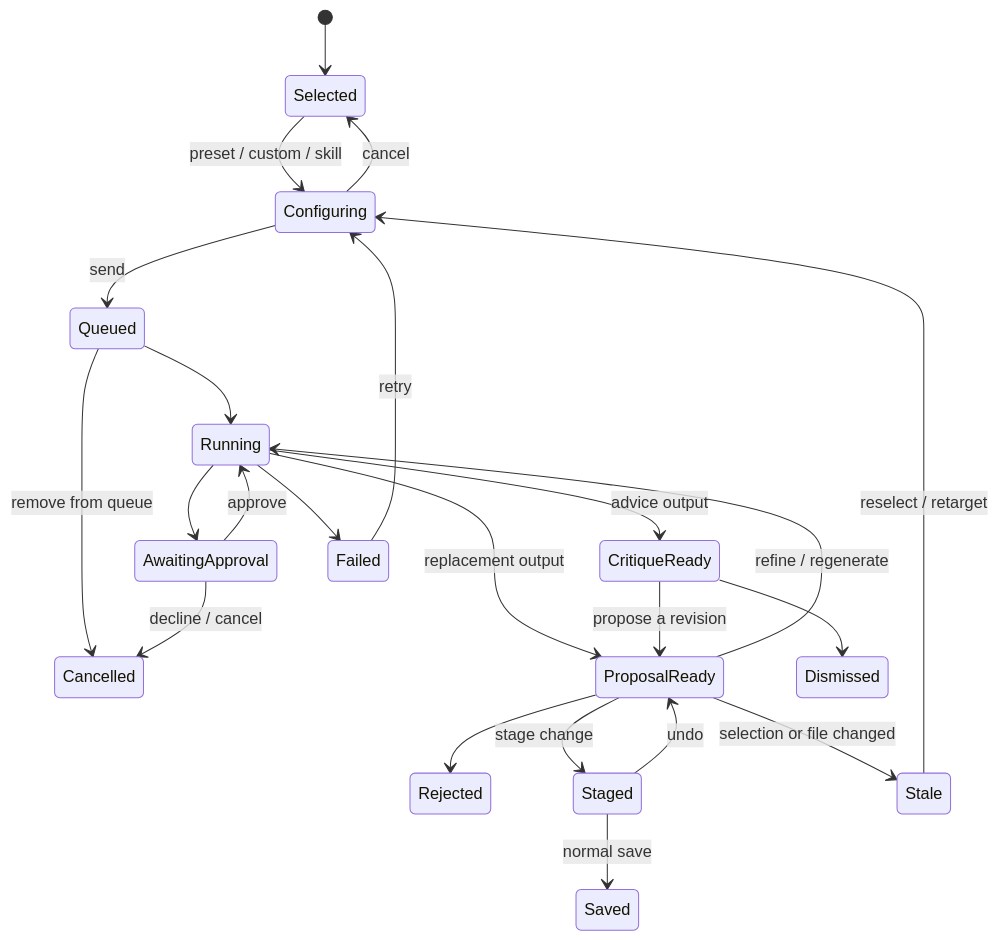
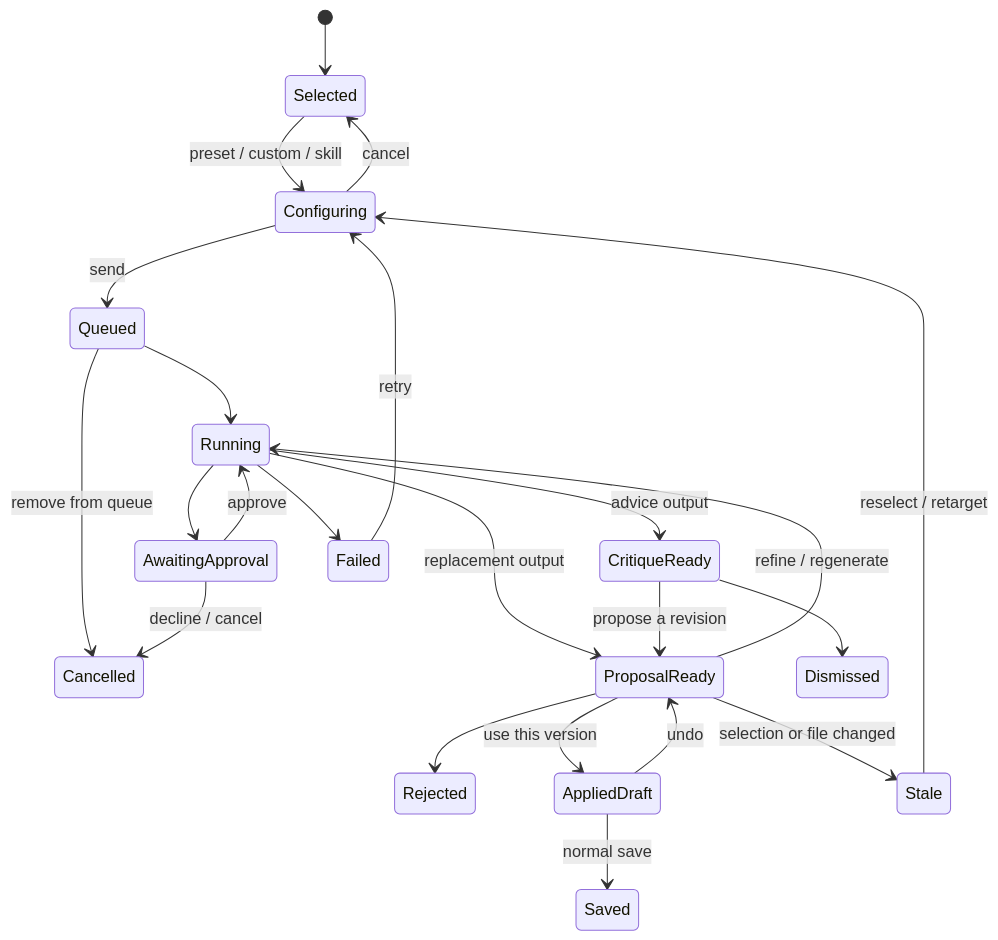
The diagram in plans/selection-aware-codex-assistance-research.md (ourarash/proseview), drawn with Mermaid before and after one commit. The commit also changed other lines of this file and 8 other files, not shown here.

````diff
--- a/plans/selection-aware-codex-assistance-research.md
+++ b/plans/selection-aware-codex-assistance-research.md
@@ -609,25 +611,25 @@
 ```mermaid
 stateDiagram-v2
     [*] --> Selected
     Selected --> Configuring: preset / custom / skill
     Configuring --> Queued: send
     Configuring --> Selected: cancel
     Queued --> Running
     Queued --> Cancelled: remove from queue
     Running --> AwaitingApproval
     AwaitingApproval --> Running: approve
     AwaitingApproval --> Cancelled: decline / cancel
     Running --> CritiqueReady: advice output
     Running --> ProposalReady: replacement output
     Running --> Failed
     CritiqueReady --> ProposalReady: propose a revision
     CritiqueReady --> Dismissed
     ProposalReady --> Running: refine / regenerate
     ProposalReady --> Rejected
-    ProposalReady --> Staged: stage change
-    Staged --> ProposalReady: undo
-    Staged --> Saved: normal save
+    ProposalReady --> AppliedDraft: use this version
+    AppliedDraft --> ProposalReady: undo
+    AppliedDraft --> Saved: normal save
     ProposalReady --> Stale: selection or file changed
     Stale --> Configuring: reselect / retarget
     Failed --> Configuring: retry
 ```
````
